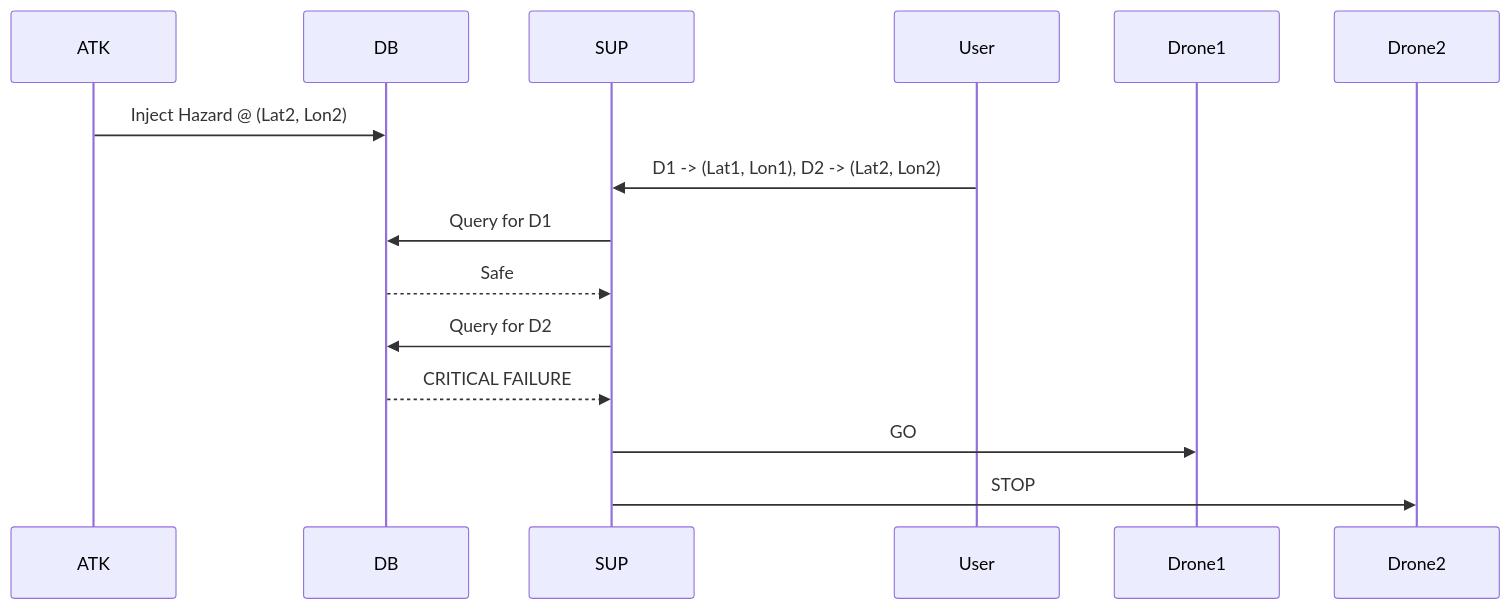
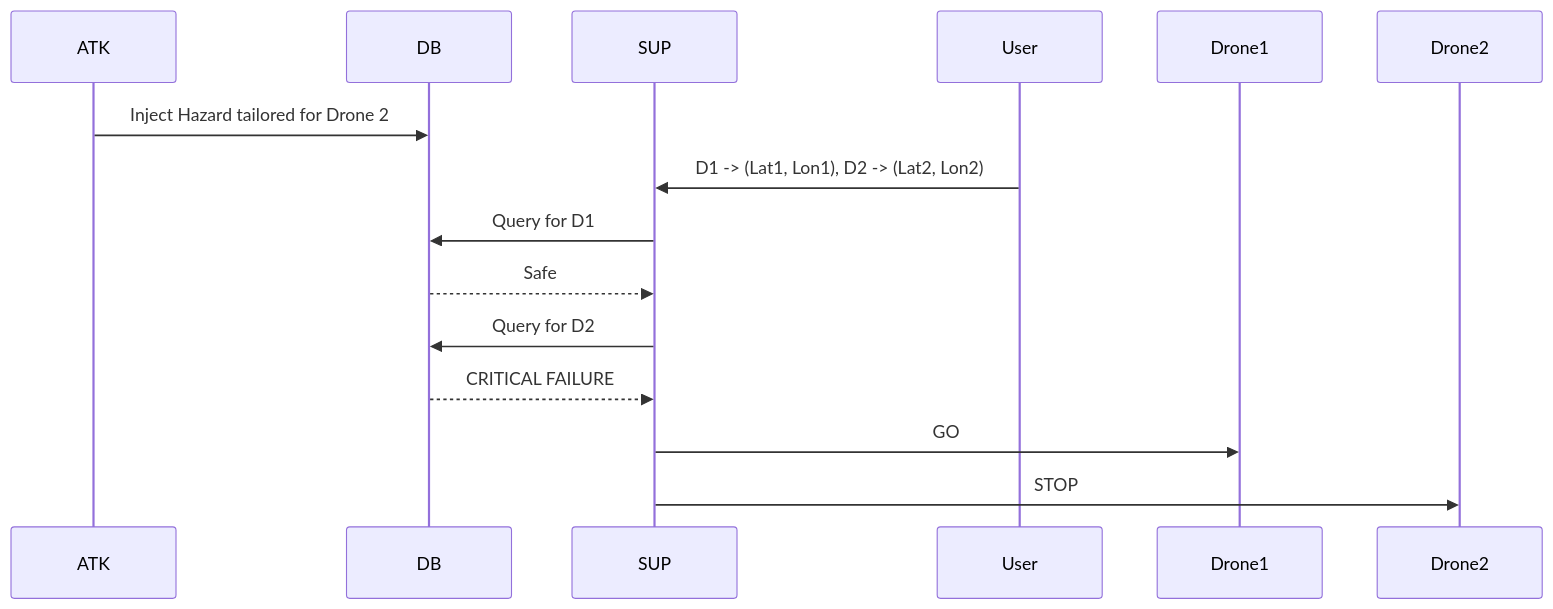
The fifth of 16 diagrams in reports/attack.md (3odat/gemni), drawn with Mermaid before and after one commit. The commit also changed other lines of this file, not shown here.

````diff
--- a/reports/attack.md
+++ b/reports/attack.md
@@ -210,15 +241,15 @@
 ```mermaid
 sequenceDiagram
     participant ATK
     participant DB
     participant SUP
     
-    ATK->>DB: Inject Hazard @ (Lat2, Lon2)
+    ATK->>DB: Inject Hazard tailored for Drone 2
     User->>SUP: D1 -> (Lat1, Lon1), D2 -> (Lat2, Lon2)
     SUP->>DB: Query for D1
     DB-->>SUP: Safe
     SUP->>DB: Query for D2
     DB-->>SUP: CRITICAL FAILURE
     SUP->>Drone1: GO
     SUP->>Drone2: STOP
 ```
````
